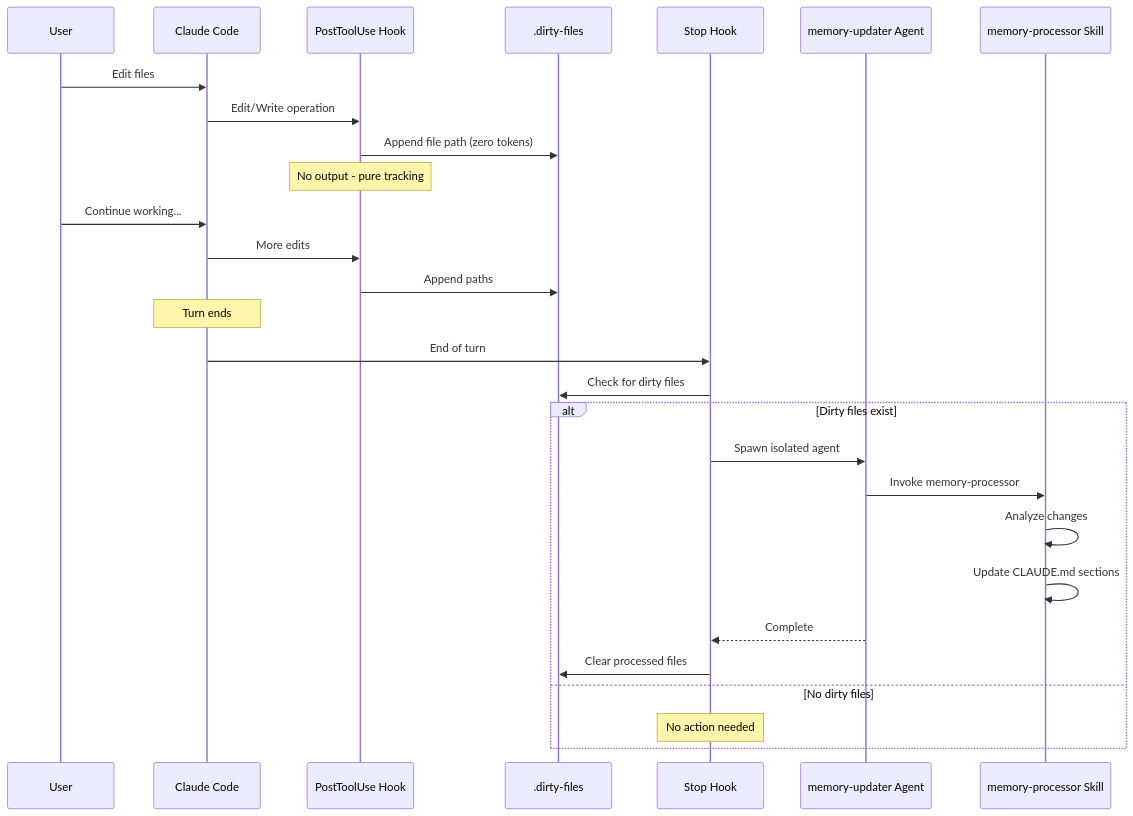
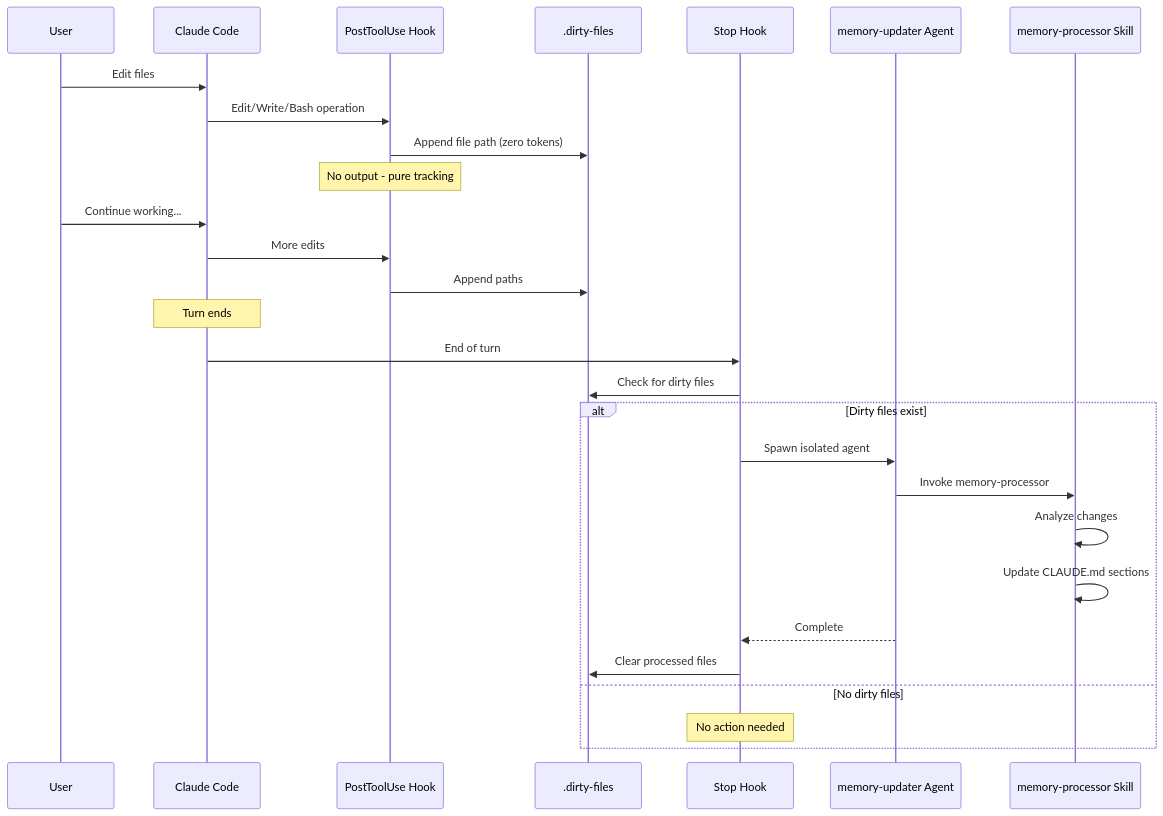
Before and after one commit to maxthraxx/claude-code-auto-memory: the diagram in README.md, drawn with Mermaid. The commit also changed other lines of this file and 10 other files, not shown here.

First line of the commit message:
Add Bash file operation tracking and remove spec docs

````diff
--- a/README.md
+++ b/README.md
@@ -91,34 +92,34 @@
 ```mermaid
 sequenceDiagram
     participant User
     participant Claude as Claude Code
     participant PostHook as PostToolUse Hook
     participant DirtyFiles as .dirty-files
     participant StopHook as Stop Hook
     participant Agent as memory-updater Agent
     participant Skill as memory-processor Skill
 
     User->>Claude: Edit files
-    Claude->>PostHook: Edit/Write operation
+    Claude->>PostHook: Edit/Write/Bash operation
     PostHook->>DirtyFiles: Append file path (zero tokens)
     Note over PostHook: No output - pure tracking
 
     User->>Claude: Continue working...
     Claude->>PostHook: More edits
     PostHook->>DirtyFiles: Append paths
 
     Note over Claude: Turn ends
     Claude->>StopHook: End of turn
     StopHook->>DirtyFiles: Check for dirty files
 
     alt Dirty files exist
         StopHook->>Agent: Spawn isolated agent
         Agent->>Skill: Invoke memory-processor
         Skill->>Skill: Analyze changes
         Skill->>Skill: Update CLAUDE.md sections
         Agent-->>StopHook: Complete
         StopHook->>DirtyFiles: Clear processed files
     else No dirty files
         Note over StopHook: No action needed
     end
 ```
````
